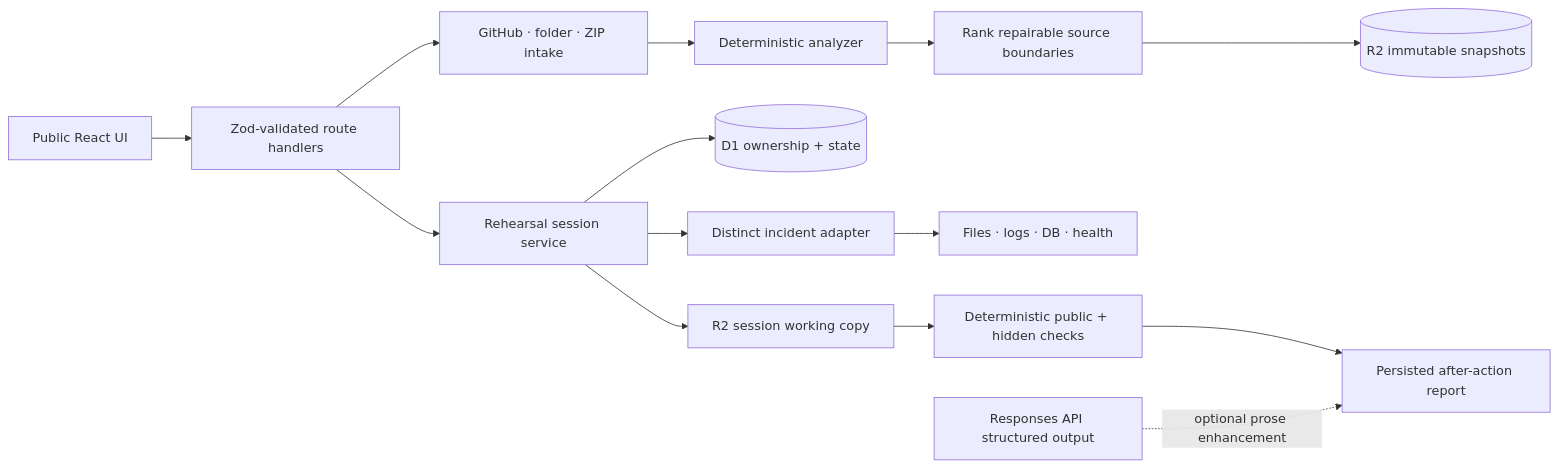
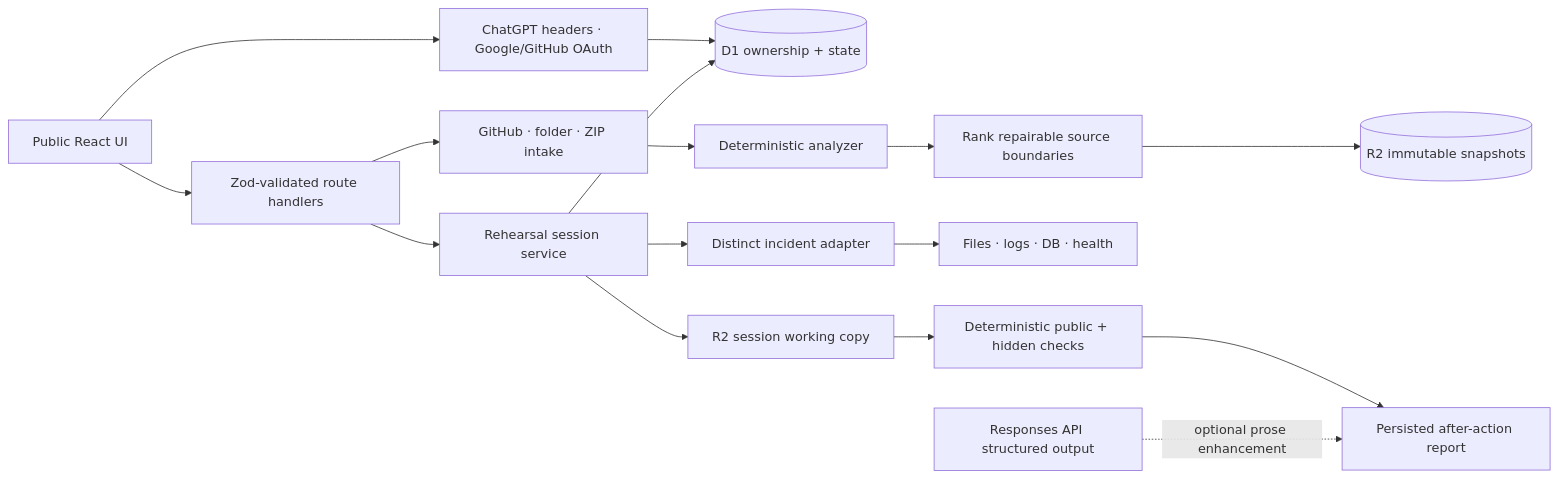
Before and after one commit to agcodin/reporehearsal: the diagram in docs/ARCHITECTURE.md, drawn with Mermaid. The commit also changed other lines of this file and 34 other files, not shown here.

````diff
--- a/docs/ARCHITECTURE.md
+++ b/docs/ARCHITECTURE.md
@@ -5,16 +5,18 @@
 ```mermaid
 flowchart LR
   UI[Public React UI] --> API[Zod-validated route handlers]
+  UI --> Auth[ChatGPT headers · Google/GitHub OAuth]
+  Auth --> D1
   API --> Intake[GitHub · folder · ZIP intake]
   Intake --> Analyzer[Deterministic analyzer]
   Analyzer --> Brain[Rank repairable source boundaries]
   Brain --> R2[(R2 immutable snapshots)]
   API --> Sessions[Rehearsal session service]
   Sessions --> D1[(D1 ownership + state)]
   Sessions --> Work[R2 session working copy]
   Sessions --> Scenario[Distinct incident adapter]
   Scenario --> Evidence[Files · logs · DB · health]
   Work --> Validate[Deterministic public + hidden checks]
   Validate --> Report[Persisted after-action report]
   OpenAI[Responses API structured output] -. optional prose enhancement .-> Report
 ```
````
